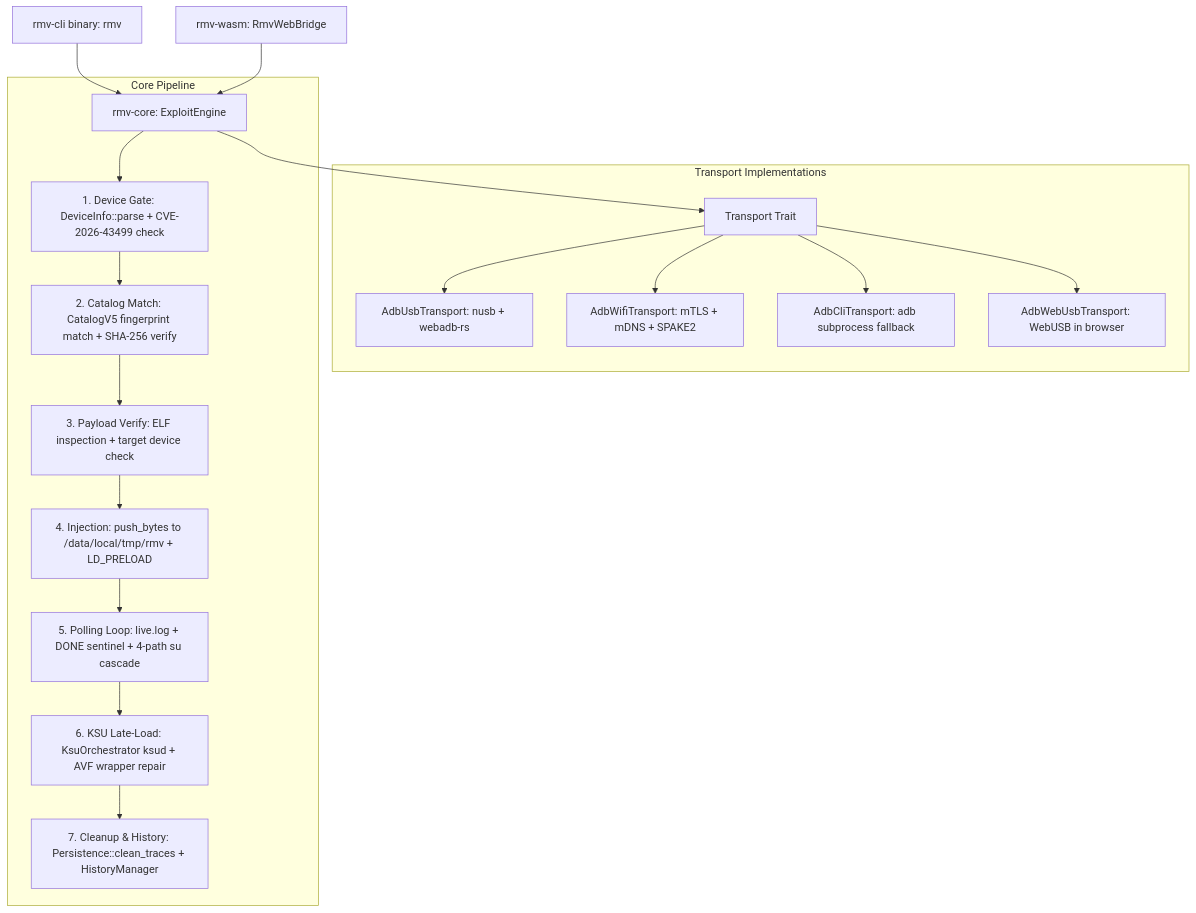
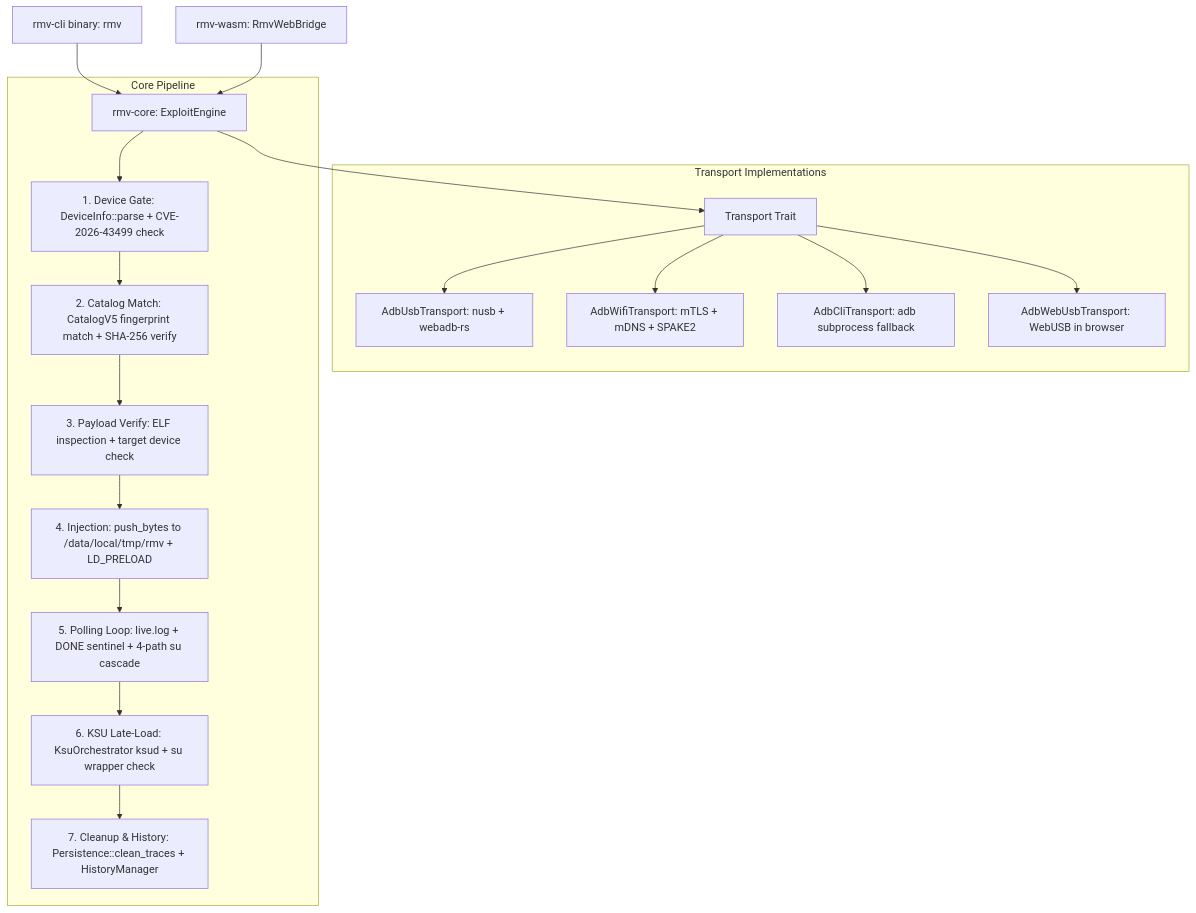
Before and after one commit to L-1124/RootMyVivo-rs: the diagram in README.md, drawn with Mermaid. The commit also changed other lines of this file, not shown here.

````diff
--- a/README.md
+++ b/README.md
@@ -19,24 +19,24 @@
 ```mermaid
 graph TD
     CLI[rmv-cli binary: rmv] --> Engine[rmv-core: ExploitEngine]
     WASM[rmv-wasm: RmvWebBridge] --> Engine
 
     Engine --> Trait[Transport Trait]
 
     subgraph Transport Implementations
         Trait --> Usb[AdbUsbTransport: nusb + webadb-rs]
         Trait --> Wifi[AdbWifiTransport: mTLS + mDNS + SPAKE2]
         Trait --> Cli[AdbCliTransport: adb subprocess fallback]
         Trait --> WebUsb[AdbWebUsbTransport: WebUSB in browser]
     end
 
     subgraph Core Pipeline
         Engine --> Stage1[1. Device Gate: DeviceInfo::parse + CVE-2026-43499 check]
         Stage1 --> Stage2[2. Catalog Match: CatalogV5 fingerprint match + SHA-256 verify]
         Stage2 --> Stage3[3. Payload Verify: ELF inspection + target device check]
         Stage3 --> Stage4[4. Injection: push_bytes to /data/local/tmp/rmv + LD_PRELOAD]
         Stage4 --> Stage5[5. Polling Loop: live.log + DONE sentinel + 4-path su cascade]
-        Stage5 --> Stage6[6. KSU Late-Load: KsuOrchestrator ksud + AVF wrapper repair]
+        Stage5 --> Stage6[6. KSU Late-Load: KsuOrchestrator ksud + su wrapper check]
         Stage6 --> Stage7[7. Cleanup & History: Persistence::clean_traces + HistoryManager]
     end
 ```
````
